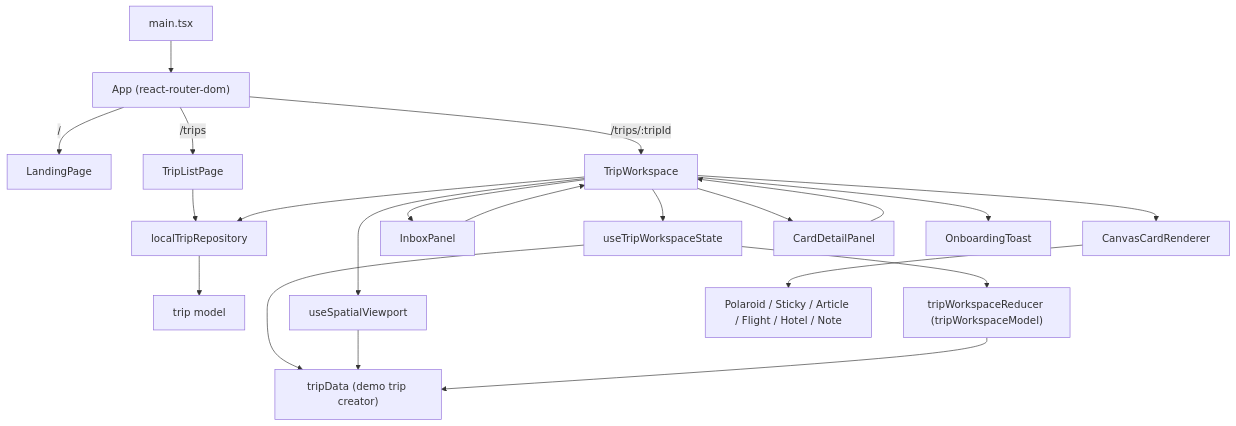
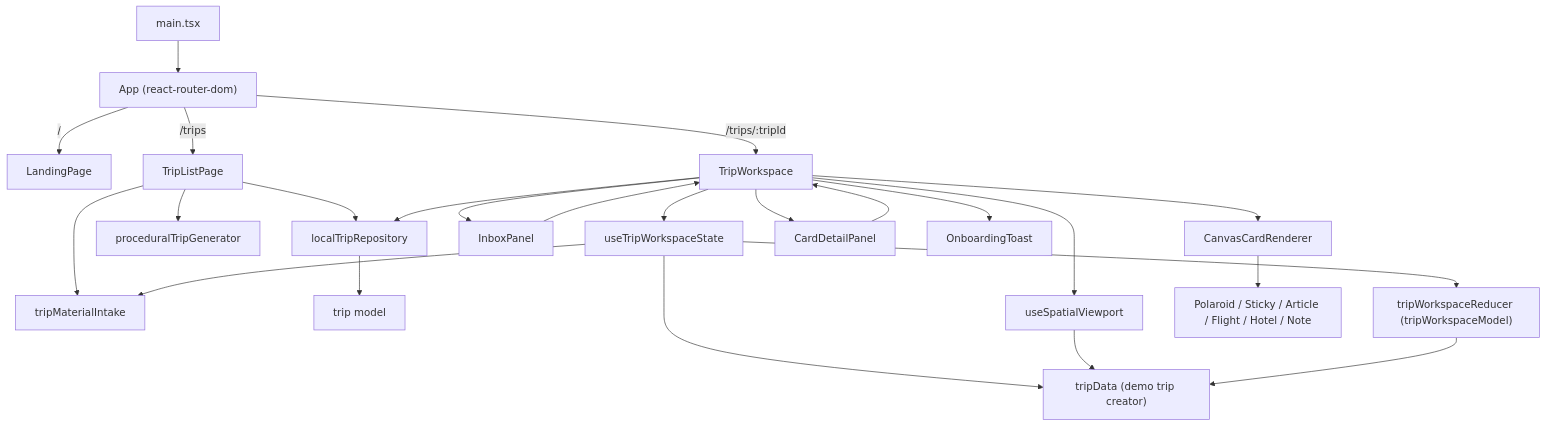
The diagram in docs/architecture/codebase-map.md (caraseli02/ai-travel-spatial-workspace), drawn with Mermaid before and after one commit. The commit also changed other lines of this file and 15 other files, not shown here.

````diff
--- a/docs/architecture/codebase-map.md
+++ b/docs/architecture/codebase-map.md
@@ -5,27 +5,30 @@
 ```mermaid
 flowchart TD
   main["main.tsx"] --> app["App (react-router-dom)"]
   app -- "/" --> landing["LandingPage"]
   app -- "/trips" --> triplist["TripListPage"]
   app -- "/trips/:tripId" --> workspace["TripWorkspace"]
 
   triplist --> repo["localTripRepository"]
+  triplist --> intake["tripMaterialIntake"]
+  triplist --> generator["proceduralTripGenerator"]
   workspace --> repo
   repo --> modelTrip["trip model"]
 
   workspace --> hookState["useTripWorkspaceState"]
   workspace --> hookViewport["useSpatialViewport"]
   workspace --> inbox["InboxPanel"]
   workspace --> cards["CanvasCardRenderer"]
   workspace --> detail["CardDetailPanel"]
   workspace --> toast["OnboardingToast"]
 
   hookState --> model["tripWorkspaceReducer (tripWorkspaceModel)"]
   hookState --> data["tripData (demo trip creator)"]
   hookViewport --> data
   model --> data
 
+  hookState --> intake
   inbox --> workspace
   detail --> workspace
   cards --> cardTypes["Polaroid / Sticky / Article / Flight / Hotel / Note"]
 ```
````
